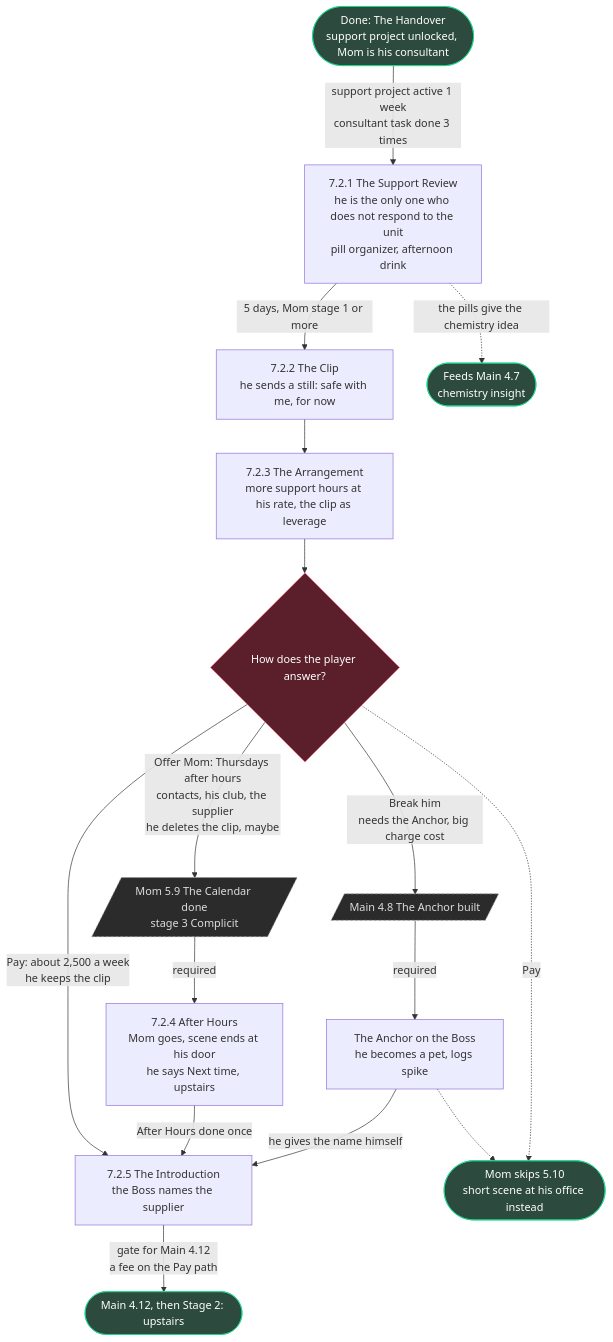
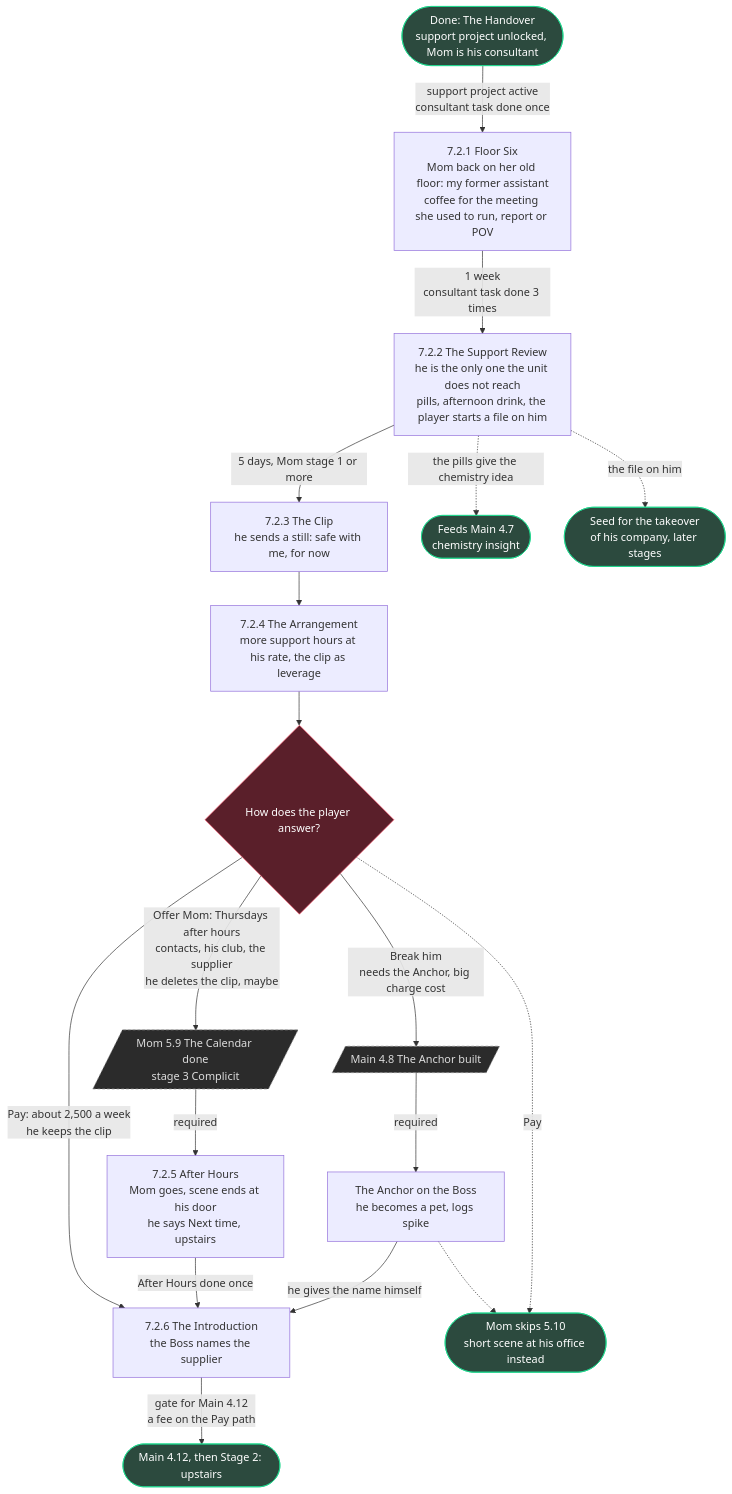
One commit to MichaelWinsauer/RTR changed the fifth of 9 diagrams in STAGE1_FLOWCHARTS.md. Above: the diagram before and after it, drawn with Mermaid. The commit also changed other lines of this file and 2 other files, not shown here.

Commit message:
plan: stage 1 quest planning prep

````diff
--- a/STAGE1_FLOWCHARTS.md
+++ b/STAGE1_FLOWCHARTS.md
@@ -288,38 +290,42 @@
 ```mermaid
 flowchart TD
   S0(["Done: The Handover<br/>support project unlocked, Mom is his consultant"]):::done
 
-  B1["7.2.1 The Support Review<br/>he is the only one who does not respond to the unit<br/>pill organizer, afternoon drink"]
-  B2["7.2.2 The Clip<br/>he sends a still: safe with me, for now"]
-  B3["7.2.3 The Arrangement<br/>more support hours at his rate, the clip as leverage"]
+  B1["7.2.1 Floor Six<br/>Mom back on her old floor: my former assistant<br/>coffee for the meeting she used to run, report or POV"]
+  B2["7.2.2 The Support Review<br/>he is the only one the unit does not reach<br/>pills, afternoon drink, the player starts a file on him"]
+  B3["7.2.3 The Clip<br/>he sends a still: safe with me, for now"]
+  B4["7.2.4 The Arrangement<br/>more support hours at his rate, the clip as leverage"]
   D1{"How does the player answer?"}:::offer
-  B4["7.2.4 After Hours<br/>Mom goes, scene ends at his door<br/>he says Next time, upstairs"]
-  B4b["The Anchor on the Boss<br/>he becomes a pet, logs spike"]
-  B5["7.2.5 The Introduction<br/>the Boss names the supplier"]
+  B5["7.2.5 After Hours<br/>Mom goes, scene ends at his door<br/>he says Next time, upstairs"]
+  B5b["The Anchor on the Boss<br/>he becomes a pet, logs spike"]
+  B6["7.2.6 The Introduction<br/>the Boss names the supplier"]
   S2(["Main 4.12, then Stage 2: upstairs"]):::done
 
   G0[/"Mom 5.9 The Calendar done<br/>stage 3 Complicit"/]:::gate
   G1[/"Main 4.8 The Anchor built"/]:::gate
   X1(["Mom skips 5.10<br/>short scene at his office instead"]):::done
   X2(["Feeds Main 4.7<br/>chemistry insight"]):::done
+  X3(["Seed for the takeover<br/>of his company, later stages"]):::done
 
-  S0 -->|"support project active 1 week<br/>consultant task done 3 times"| B1
-  B1 -.->|"the pills give the chemistry idea"| X2
-  B1 -->|"5 days, Mom stage 1 or more"| B2
-  B2 --> B3
-  B3 --> D1
-  D1 -->|"Pay: about 2,500 a week<br/>he keeps the clip"| B5
+  S0 -->|"support project active<br/>consultant task done once"| B1
+  B1 -->|"1 week<br/>consultant task done 3 times"| B2
+  B2 -.->|"the pills give the chemistry idea"| X2
+  B2 -.->|"the file on him"| X3
+  B2 -->|"5 days, Mom stage 1 or more"| B3
+  B3 --> B4
+  B4 --> D1
+  D1 -->|"Pay: about 2,500 a week<br/>he keeps the clip"| B6
   D1 -->|"Offer Mom: Thursdays after hours<br/>contacts, his club, the supplier<br/>he deletes the clip, maybe"| G0
-  G0 -->|"required"| B4
-  B4 -->|"After Hours done once"| B5
+  G0 -->|"required"| B5
+  B5 -->|"After Hours done once"| B6
   D1 -->|"Break him<br/>needs the Anchor, big charge cost"| G1
-  G1 -->|"required"| B4b
-  B4b -->|"he gives the name himself"| B5
-  B4b -.-> X1
+  G1 -->|"required"| B5b
+  B5b -->|"he gives the name himself"| B6
+  B5b -.-> X1
   D1 -.->|"Pay"| X1
-  B5 -->|"gate for Main 4.12<br/>a fee on the Pay path"| S2
+  B6 -->|"gate for Main 4.12<br/>a fee on the Pay path"| S2
 
   classDef done fill:#2c4a3e,stroke:#1cd88d,color:#fff
   classDef offer fill:#5a1f2a,stroke:#ff6479,color:#fff
   classDef gate fill:#2b2b2b,stroke:#999,color:#ddd,stroke-dasharray:4 3
 ```
````
